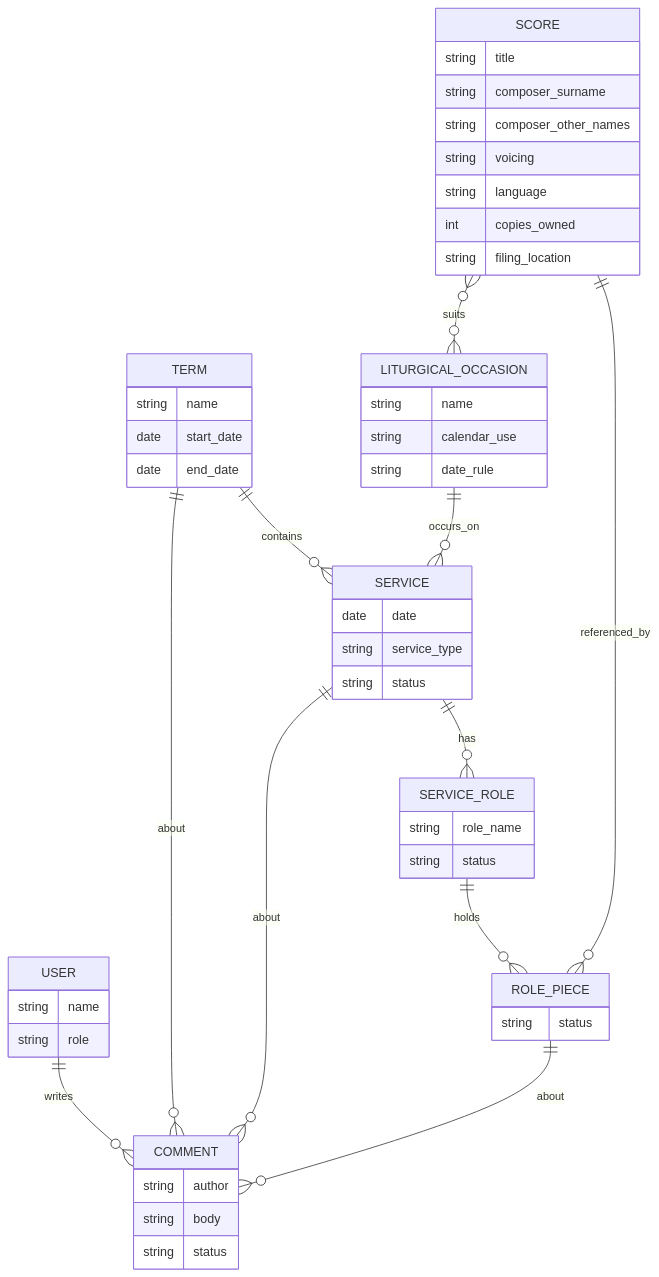
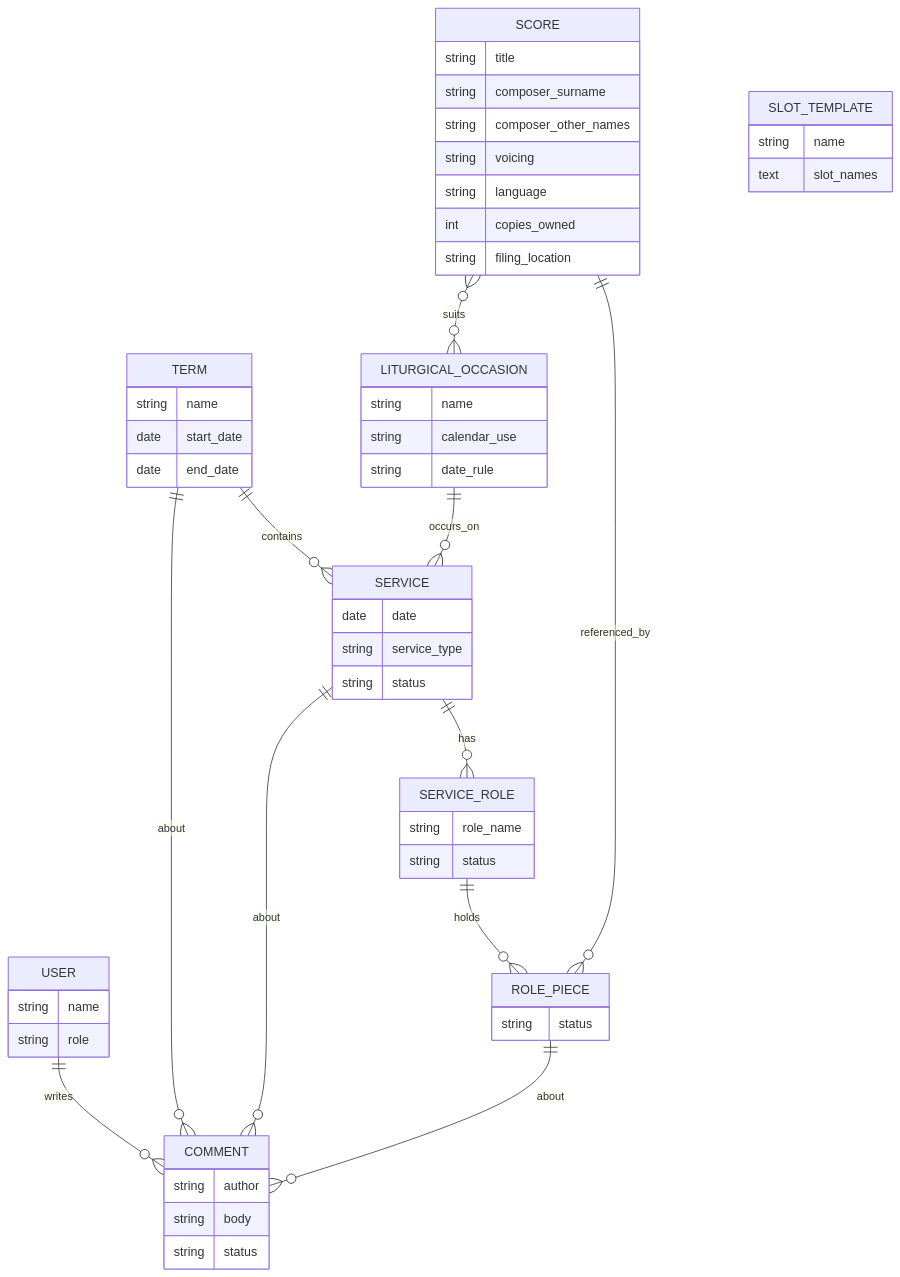
One commit to StockoL/precentor changed the diagram in docs/erd.mmd. Above: the diagram before and after it, drawn with Mermaid. The commit also changed 3 other files, not shown here.

Commit message:
Document slot templates

```diff
--- a/docs/erd.mmd
+++ b/docs/erd.mmd
@@ -1,58 +1,63 @@
 erDiagram
   %% See docs/models_plan.md for the reasoning behind these choices:
   %% - SCORE <-> LITURGICAL_OCCASION is a through-table (many-to-many)
   %% - COMMENT's link to TERM/SERVICE/ROLE_PIECE is one polymorphic
   %%   GenericForeignKey in Django, shown here as three edges since
   %%   erDiagram syntax can't express "one FK, any of three tables"
-  %% - Role slots are added per service; there are no role templates
+  %% - SLOT_TEMPLATE has no relationship: applying one copies its slot
+  %%   names into new SERVICE_ROLE rows, and nothing links back
   USER ||--o{ COMMENT : writes
   TERM ||--o{ SERVICE : contains
   LITURGICAL_OCCASION ||--o{ SERVICE : occurs_on
   SERVICE ||--o{ SERVICE_ROLE : has
   SERVICE_ROLE ||--o{ ROLE_PIECE : holds
   SCORE ||--o{ ROLE_PIECE : referenced_by
   SCORE }o--o{ LITURGICAL_OCCASION : suits
   TERM ||--o{ COMMENT : about
   SERVICE ||--o{ COMMENT : about
   ROLE_PIECE ||--o{ COMMENT : about
 
   USER {
     string name
     string role
   }
   TERM {
     string name
     date start_date
     date end_date
   }
   SERVICE {
     date date
     string service_type
     string status
   }
   SERVICE_ROLE {
     string role_name
     string status
   }
+  SLOT_TEMPLATE {
+    string name
+    text slot_names
+  }
   ROLE_PIECE {
     string status
   }
   SCORE {
     string title
     string composer_surname
     string composer_other_names
     string voicing
     string language
     int copies_owned
     string filing_location
   }
   LITURGICAL_OCCASION {
     string name
     string calendar_use
     string date_rule
   }
   COMMENT {
     string author
     string body
     string status
   }
```
